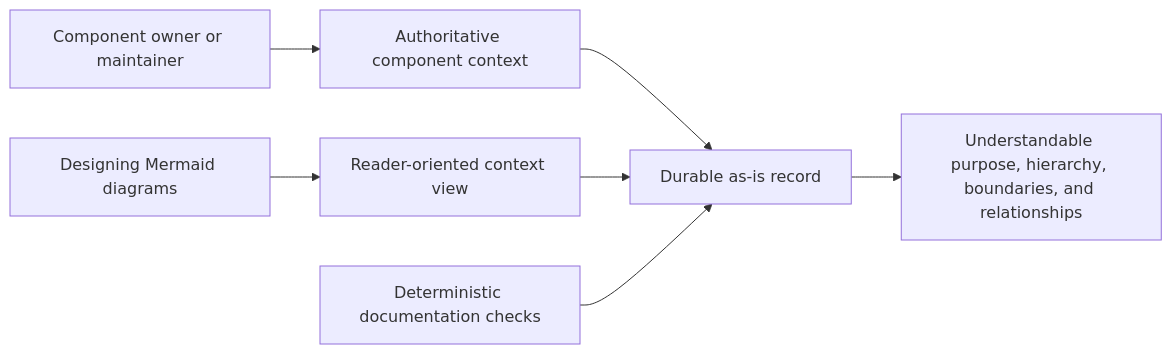
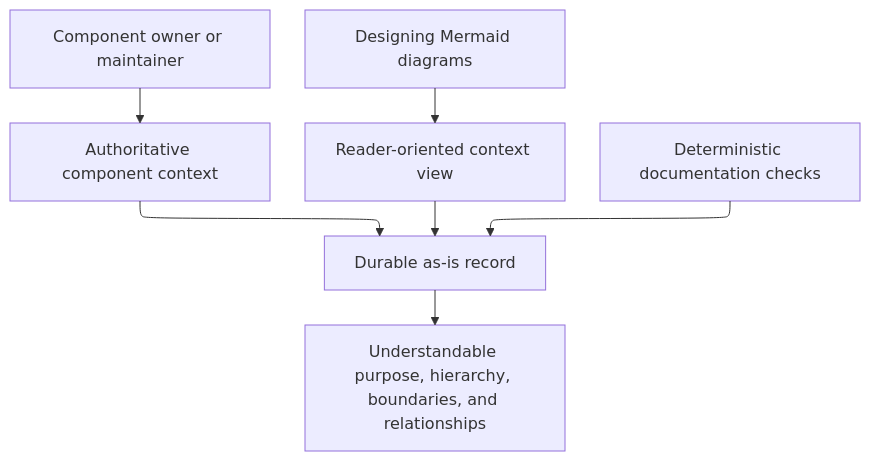
One commit to abstract-business-systems/as-is changed the diagram in skills/managing-as-is-document/as-is.md. Above: the diagram before and after it, drawn with Mermaid. The commit also changed other lines of this file and 29 other files, not shown here.

````diff
--- a/skills/managing-as-is-document/as-is.md
+++ b/skills/managing-as-is-document/as-is.md
@@ -13,9 +15,13 @@
 ```mermaid
-flowchart LR
+---
+config:
+  layout: elk
+---
+flowchart TB
     AUTHOR["Component owner or maintainer"] --> CONTEXT["Authoritative component context"]
     CONTEXT --> RECORD["Durable as-is record"]
     DIAGRAM["Designing Mermaid diagrams"] --> VIEW["Reader-oriented context view"]
     VIEW --> RECORD
     RECORD --> READER["Understandable purpose, hierarchy, boundaries, and relationships"]
     CHECKS["Deterministic documentation checks"] --> RECORD
 ```
````
